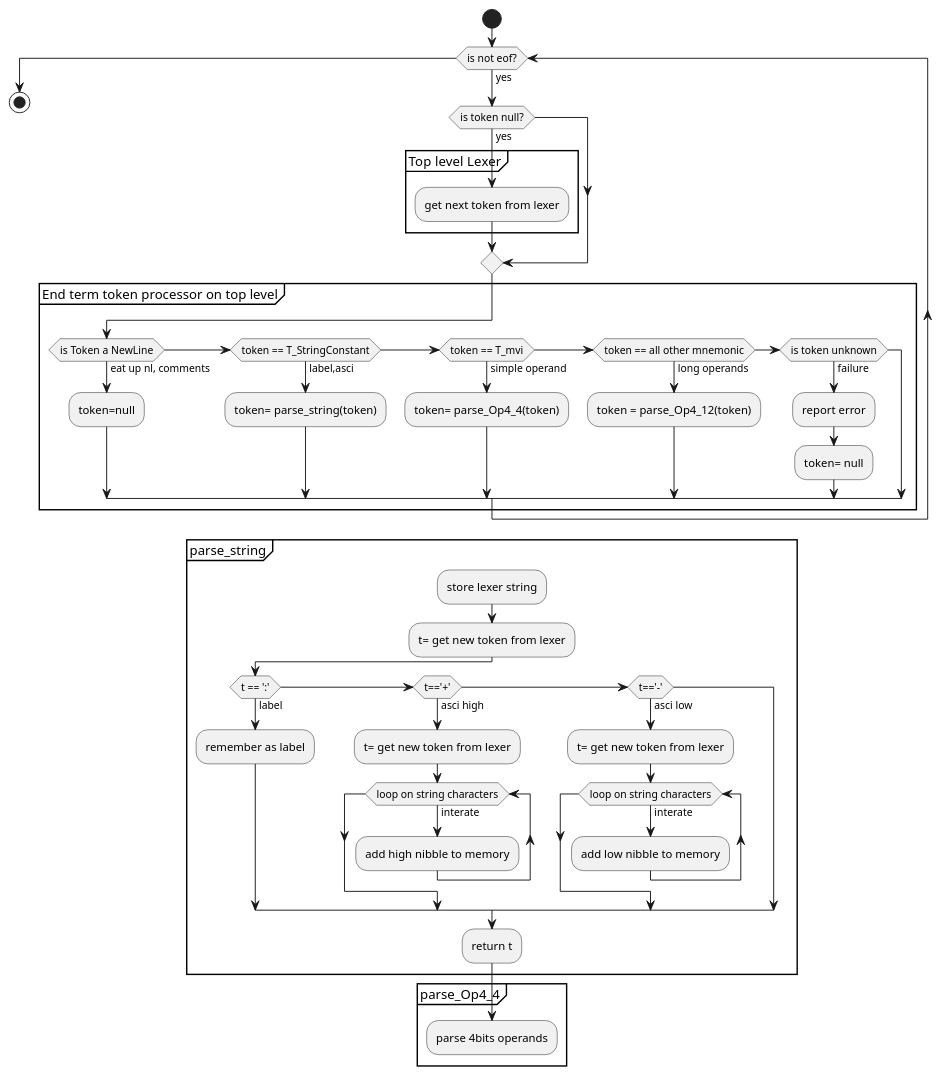
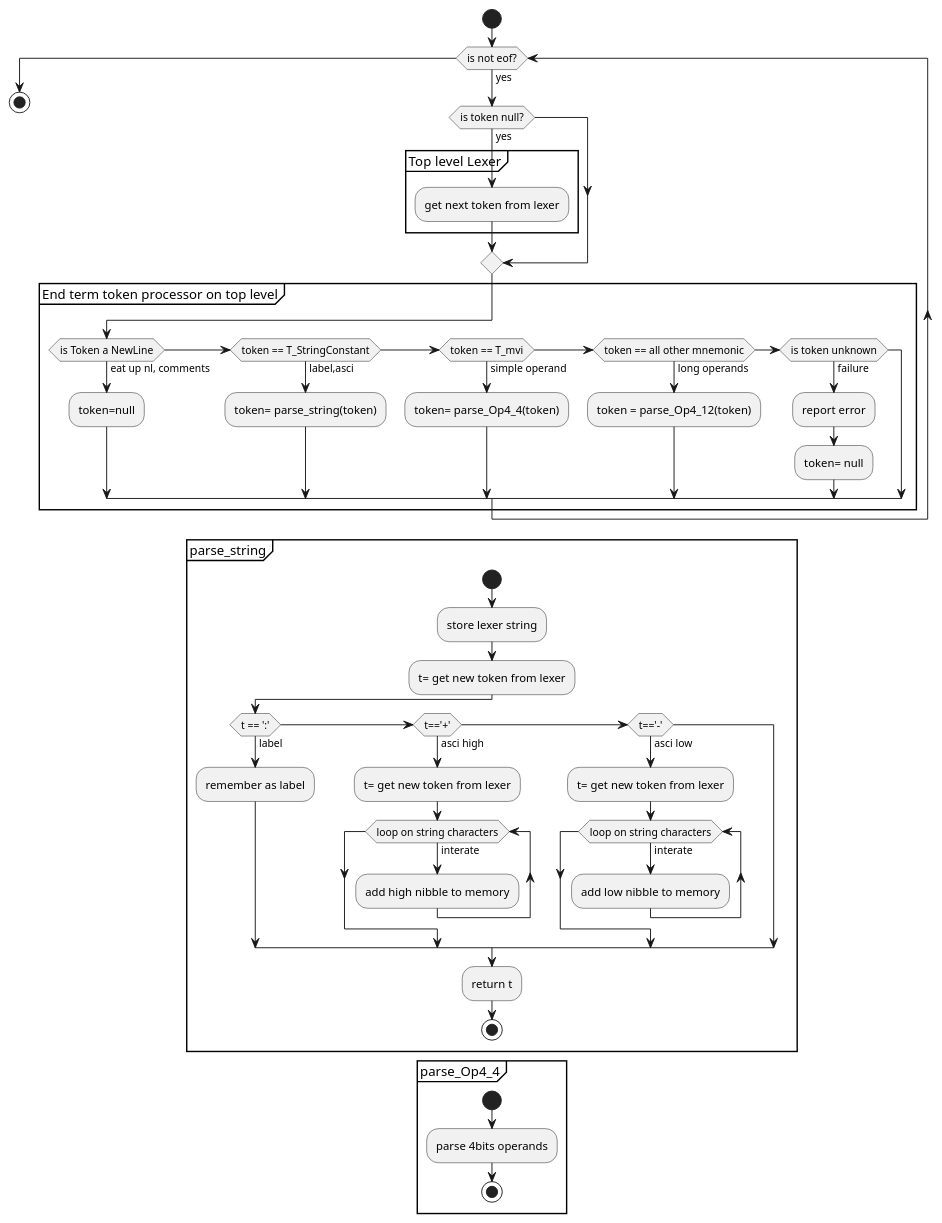
The diagram in doc/parse_asm_fn.puml (bfarago/bjtcputoolchain), drawn with PlantUML before and after one commit.

```diff
--- a/doc/parse_asm_fn.puml
+++ b/doc/parse_asm_fn.puml
@@ -1,51 +1,55 @@
 @startuml
 start
   while (is not eof?)
    ->yes;
    if (is token null?) then (yes)
     partition "Top level Lexer" {
      :get next token from lexer;
     }
    endif;
 partition "End term token processor on top level" {
     if (is Token a NewLine) then (eat up nl, comments)
      :token=null;
     elseif (token == T_StringConstant) then (label,asci)
         :token= parse_string(token);
     elseif (token == T_mvi) then (simple operand)
         :token= parse_Op4_4(token);
     elseif (token == all other mnemonic) then (long operands)
         :token = parse_Op4_12(token);
     elseif (is token unknown) then (failure)
         :report error;
         :token= null;
     endif;
 }
   endwhile
 stop
 
 partition "parse_string" {
+start
  :store lexer string;
  :t= get new token from lexer;
  if (t == ':') then (label)
    :remember as label;
  elseif (t=='+') then (asci high)
   :t= get new token from lexer;
   while (loop on string characters)
     ->interate;
     :add high nibble to memory;
   endwhile
  elseif (t=='-') then (asci low)
   :t= get new token from lexer;
   while (loop on string characters)
     ->interate;
     :add low nibble to memory;
   endwhile
  endif
  :return t;
+stop
 }
 
 partition "parse_Op4_4" {
+start
  :parse 4bits operands;
+stop
 }
 @enduml
```
